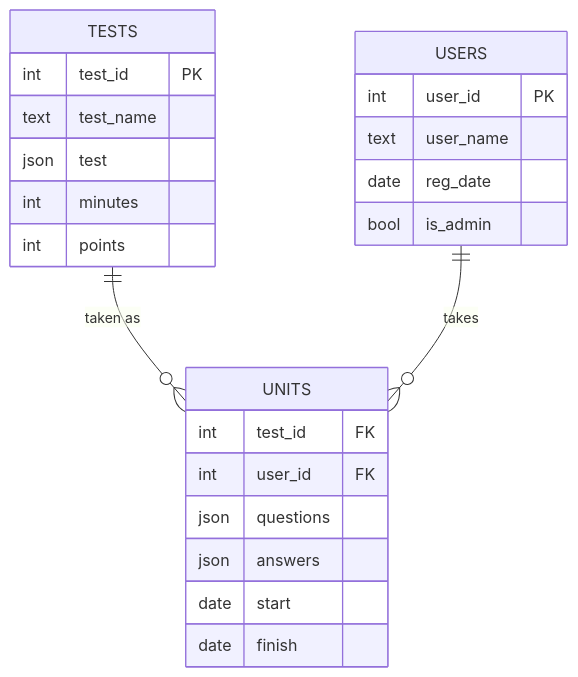
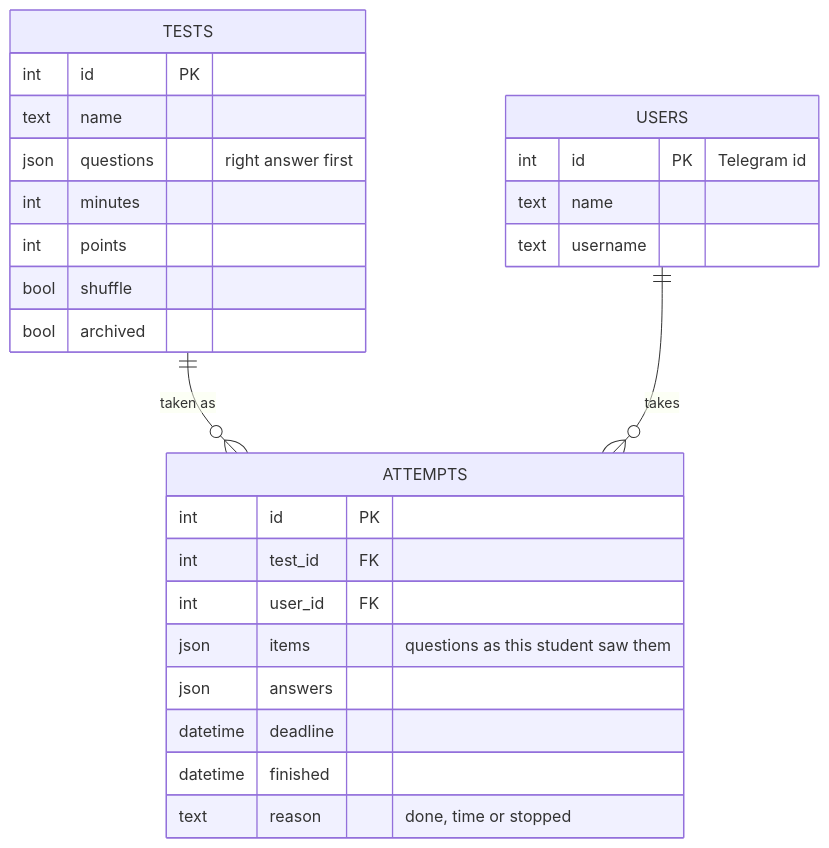
One commit to mredwardlik/telexam changed the diagram in README.md. Above: the diagram before and after it, drawn with Mermaid. The commit also changed other lines of this file and 27 other files, not shown here.

First line of the commit message:
Rewrote the bot: timed tests in Telegram with results and admin tools

````diff
--- a/README.md
+++ b/README.md
@@ -79,26 +128,29 @@
 ```mermaid
 erDiagram
     TESTS {
-        int test_id PK
-        text test_name
-        json test
+        int id PK
+        text name
+        json questions "right answer first"
         int minutes
         int points
+        bool shuffle
+        bool archived
     }
     USERS {
-        int user_id PK
-        text user_name
-        date reg_date
-        bool is_admin
+        int id PK "Telegram id"
+        text name
+        text username
     }
-    UNITS {
+    ATTEMPTS {
+        int id PK
         int test_id FK
         int user_id FK
-        json questions
+        json items "questions as this student saw them"
         json answers
-        date start
-        date finish
+        datetime deadline
+        datetime finished
+        text reason "done, time or stopped"
     }
-    TESTS ||--o{ UNITS : "taken as"
-    USERS ||--o{ UNITS : "takes"
+    TESTS ||--o{ ATTEMPTS : "taken as"
+    USERS ||--o{ ATTEMPTS : "takes"
 ```
````
